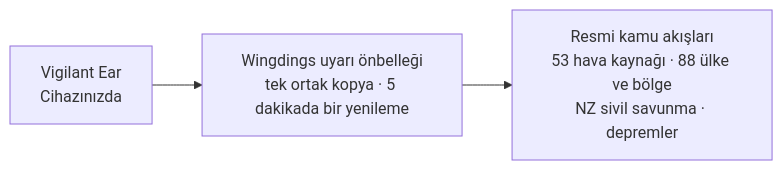
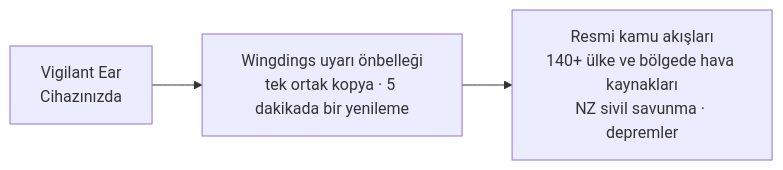
The fourth of 4 diagrams in README_tr.md (rpalm01-star/VigilantEarLegal), drawn with Mermaid before and after one commit. The commit also changed other lines of this file and 59 other files, not shown here.

````diff
--- a/README_tr.md
+++ b/README_tr.md
@@ -182,5 +182,5 @@
 ```mermaid
 graph LR
     P1["Vigilant Ear<br/>Cihazınızda"] --> W["Wingdings uyarı önbelleği<br/>tek ortak kopya · 5 dakikada bir yenileme"]
-    W --> N["Resmi kamu akışları<br/>53 hava kaynağı · 88 ülke ve bölge<br/>NZ sivil savunma · depremler"]
+    W --> N["Resmi kamu akışları<br/>140+ ülke ve bölgede hava kaynakları<br/>NZ sivil savunma · depremler"]
 ```
````
